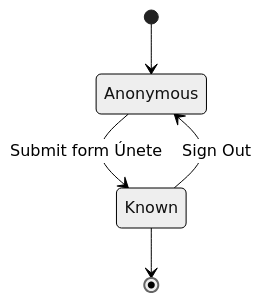
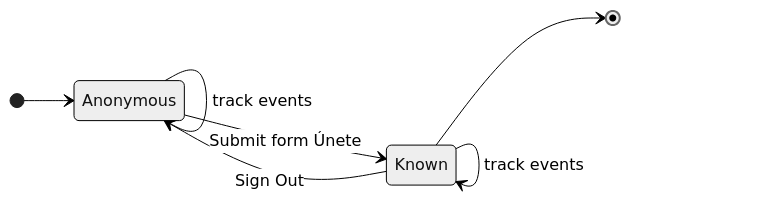
Before and after one commit to PKerty/wizard-hub: the first of 2 diagrams in docs/diagrams/lld-amplitude-flow.md, drawn with Mermaid (neutral theme).

Commit message:
fix(diagrams): restore self-loops with direction LR to avoid overlap

````diff
--- a/docs/diagrams/lld-amplitude-flow.md
+++ b/docs/diagrams/lld-amplitude-flow.md
@@ -10,7 +10,10 @@
 ```mermaid
 stateDiagram-v2
+    direction LR
     [*] --> Anonymous
+    Anonymous --> Anonymous: track events
     Anonymous --> Known: Submit form Únete
+    Known --> Known: track events
     Known --> Anonymous: Sign Out
     Known --> [*]
 ```
````
